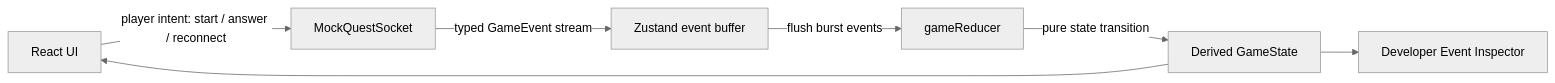
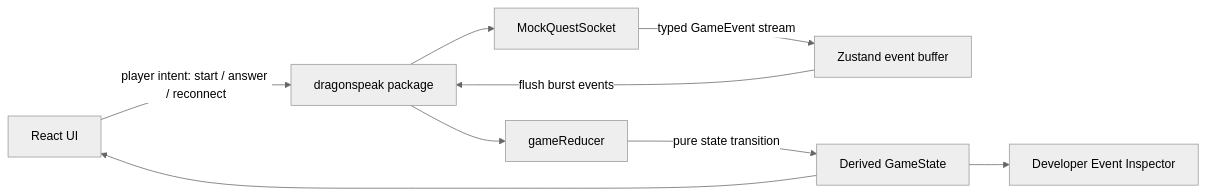
The first of 2 diagrams in docs/architecture/ARCHITECTURE.en.md (annaserba/DragonSpeak-demo), drawn with Mermaid (neutral theme) before and after one commit. The commit also changed other lines of this file and 4 other files, not shown here.

Commit message:
Update architecture docs for shared package

````diff
--- a/docs/architecture/ARCHITECTURE.en.md
+++ b/docs/architecture/ARCHITECTURE.en.md
@@ -35,16 +43,19 @@
 ```mermaid
 flowchart LR
   UI["React UI"]
+  Package["dragonspeak package"]
   Socket["MockQuestSocket"]
   Buffer["Zustand event buffer"]
   Reducer["gameReducer"]
   State["Derived GameState"]
   Inspector["Developer Event Inspector"]
 
-  UI -- "player intent: start / answer / reconnect" --> Socket
+  UI -- "player intent: start / answer / reconnect" --> Package
+  Package --> Socket
   Socket -- "typed GameEvent stream" --> Buffer
-  Buffer -- "flush burst events" --> Reducer
+  Buffer -- "flush burst events" --> Package
+  Package --> Reducer
   Reducer -- "pure state transition" --> State
   State --> UI
   State --> Inspector
 ```
````
